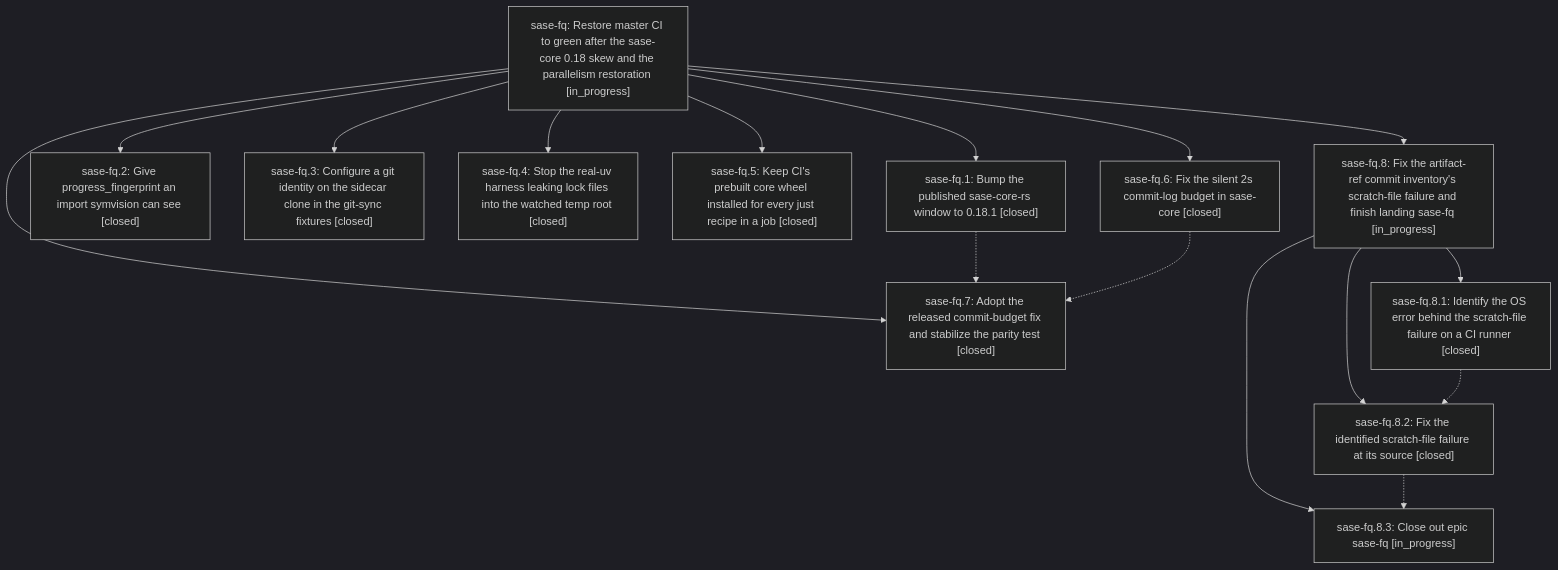
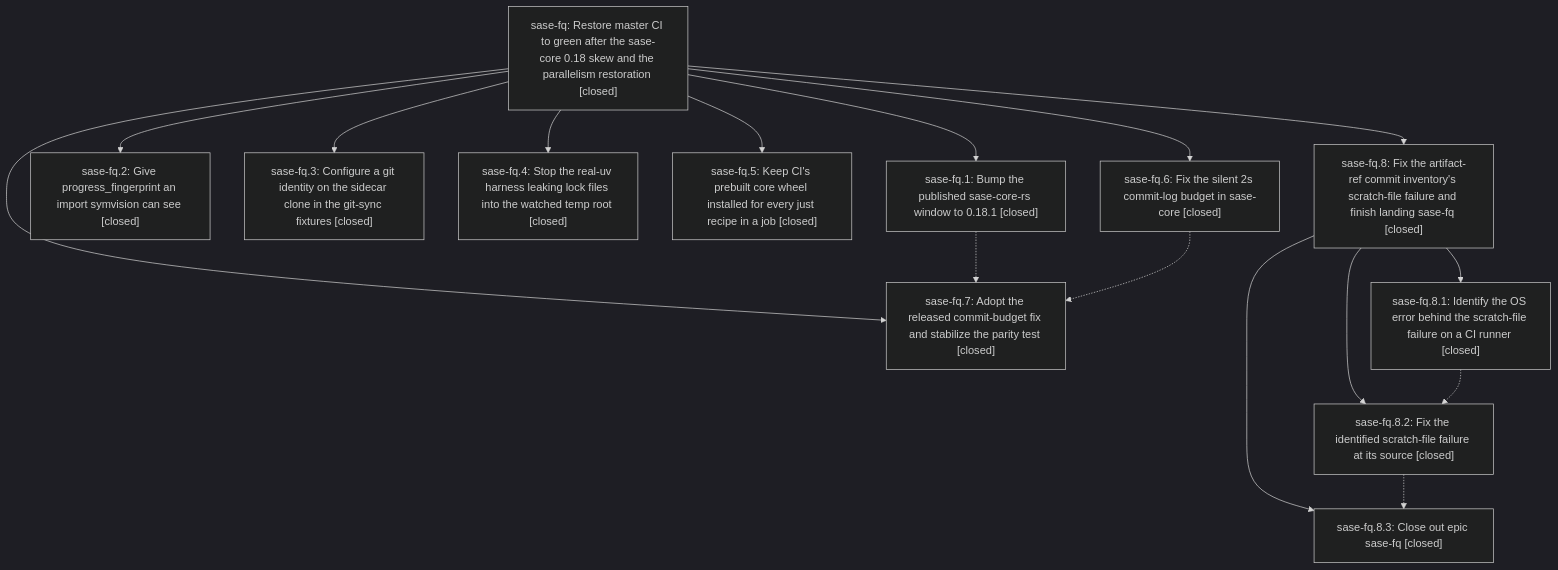
One commit to sase-org/sase--beads changed the diagram in pages/sase-fq/README.md. Above: the diagram before and after it, drawn with Mermaid (dark theme). The commit also changed other lines of this file and 3 other files, not shown here.

````diff
--- a/pages/sase-fq/README.md
+++ b/pages/sase-fq/README.md
@@ -71,30 +71,30 @@
 ```mermaid
 flowchart TD
-    n0["sase-fq: Restore master CI to green after the sase-core 0.18 skew and the parallelism restoration [in_progress]"]
+    n0["sase-fq: Restore master CI to green after the sase-core 0.18 skew and the parallelism restoration [closed]"]
     n1["sase-fq.1: Bump the published sase-core-rs window to 0.18.1 [closed]"]
     n2["sase-fq.2: Give progress_fingerprint an import symvision can see [closed]"]
     n3["sase-fq.3: Configure a git identity on the sidecar clone in the git-sync fixtures [closed]"]
     n4["sase-fq.4: Stop the real-uv harness leaking lock files into the watched temp root [closed]"]
     n5["sase-fq.5: Keep CI's prebuilt core wheel installed for every just recipe in a job [closed]"]
     n6["sase-fq.6: Fix the silent 2s commit-log budget in sase-core [closed]"]
     n7["sase-fq.7: Adopt the released commit-budget fix and stabilize the parity test [closed]"]
-    n8["sase-fq.8: Fix the artifact-ref commit inventory's scratch-file failure and finish landing sase-fq [in_progress]"]
+    n8["sase-fq.8: Fix the artifact-ref commit inventory's scratch-file failure and finish landing sase-fq [closed]"]
     n9["sase-fq.8.1: Identify the OS error behind the scratch-file failure on a CI runner [closed]"]
     n10["sase-fq.8.2: Fix the identified scratch-file failure at its source [closed]"]
-    n11["sase-fq.8.3: Close out epic sase-fq [in_progress]"]
+    n11["sase-fq.8.3: Close out epic sase-fq [closed]"]
     n0 --> n1
     n0 --> n2
     n0 --> n3
     n0 --> n4
     n0 --> n5
     n0 --> n6
     n0 --> n7
     n0 --> n8
     n8 --> n9
     n8 --> n10
     n8 --> n11
     n1 -.-> n7
     n6 -.-> n7
     n9 -.-> n10
     n10 -.-> n11
 ```
````
